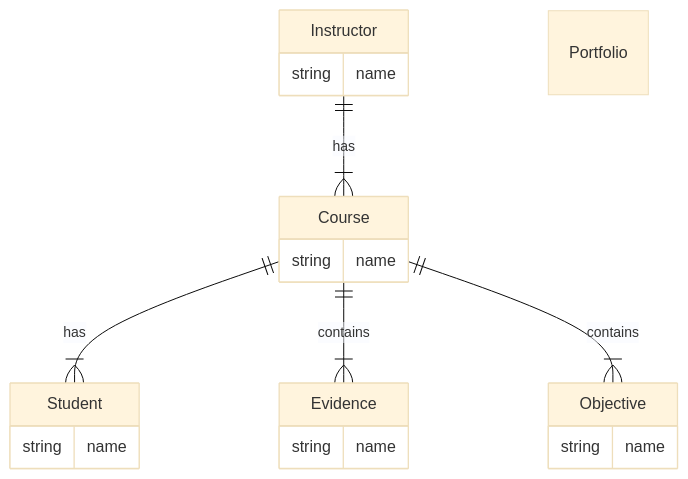
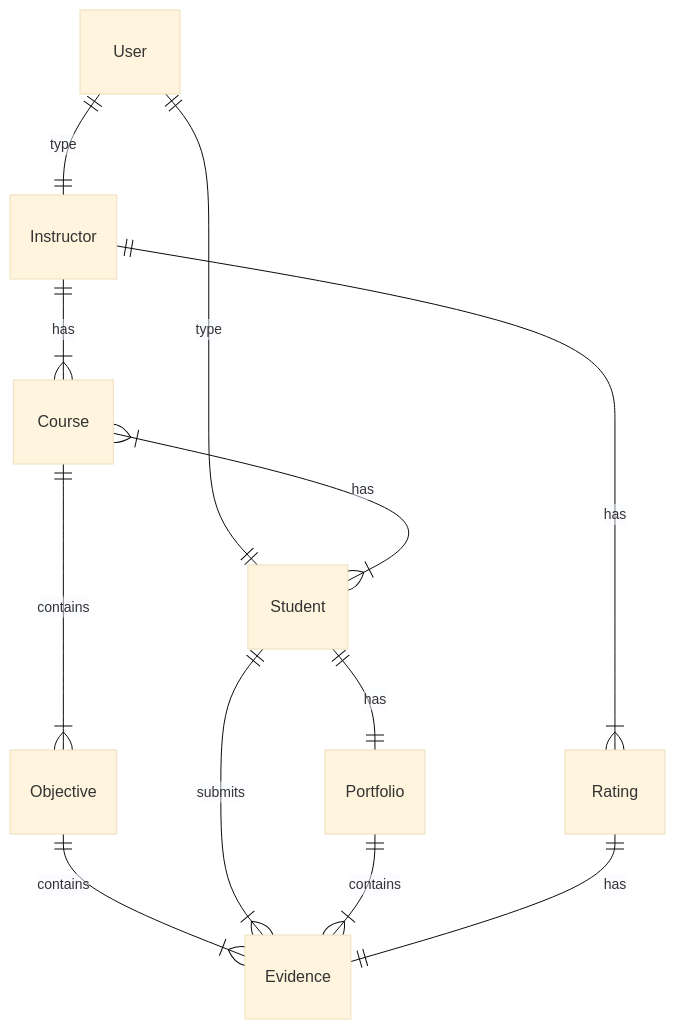
One commit to gurunate/learning-portrait changed the first of 2 diagrams in docs/domain-model.md. Above: the diagram before and after it, drawn with Mermaid (base theme). The commit also changed other lines of this file and 19 other files, not shown here.

````diff
--- a/docs/domain-model.md
+++ b/docs/domain-model.md
@@ -11,32 +15,14 @@
 ```mermaid
 erDiagram
-    Course
+    User ||--|| Instructor: type
+    User ||--|| Student: type
     Instructor ||--|{ Course: has
-    Course  ||--|{ Student: has
-    Course ||--|{ Evidence: contains
+    Course  }|--|{ Student: has
+    Objective ||--|{ Evidence: contains
     Course ||--|{ Objective : contains
-
-    Instructor {
-        string name
-    }
-
-    Course {
-        string name
-    }
-
-    Student {
-        string name
-    }
-
-    Evidence {
-        string name
-    }
-
-    Objective {
-        string name
-    }
-    
-    Portfolio {
-
-    }
+    Student ||--|| Portfolio: has
+    Student ||--|{ Evidence: submits
+    Portfolio ||--|{ Evidence : contains
+    Instructor ||--|{ Rating: has
+    Rating ||--|| Evidence: has
 ```
````
